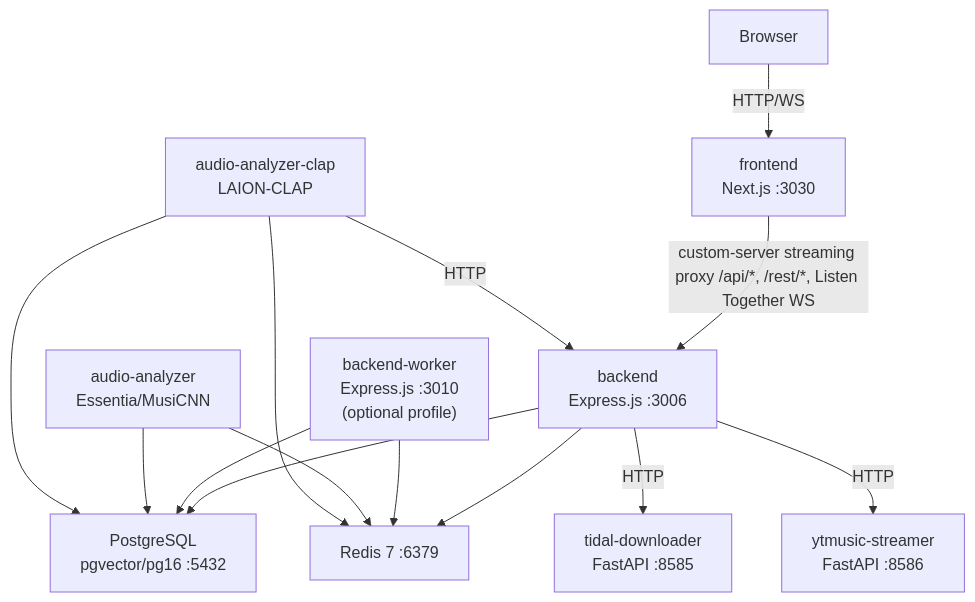
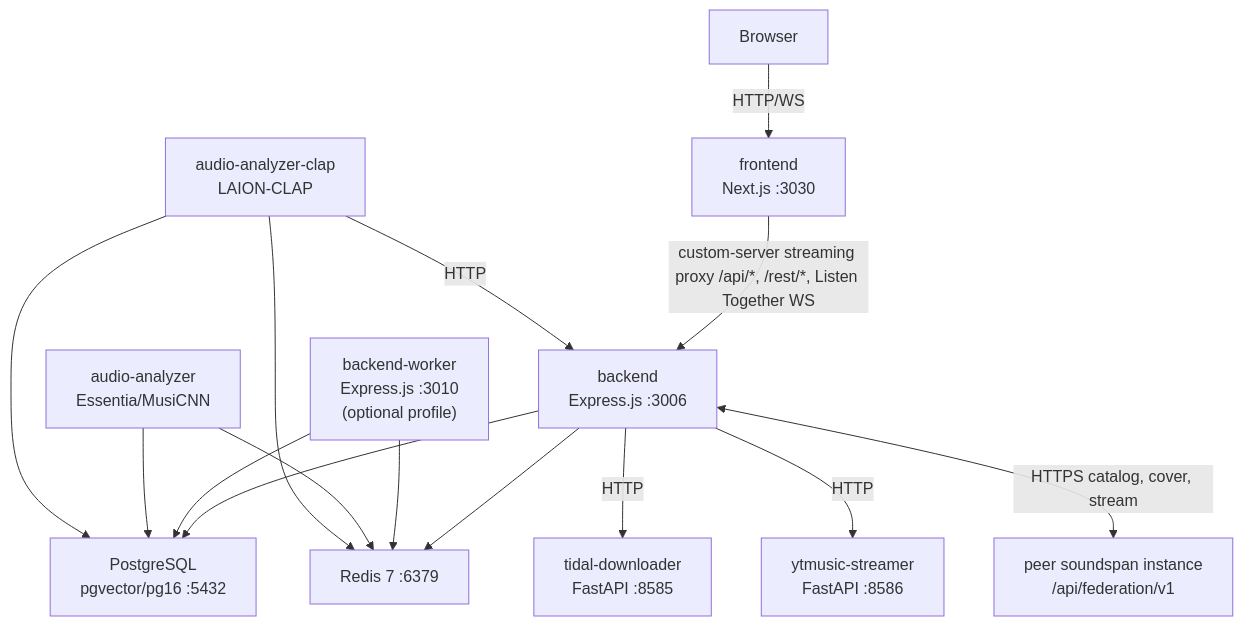
The first of 2 diagrams in docs/ARCHITECTURE.md (Tipson/soundspan), drawn with Mermaid before and after one commit. The commit also changed other lines of this file and 217 other files, not shown here.

First line of the commit message:
feat(federation): federated library sharing — authenticated peer API, catalog sync, provenance (#451) (#460)

````diff
--- a/docs/ARCHITECTURE.md
+++ b/docs/ARCHITECTURE.md
@@ -7,27 +7,29 @@
 ```mermaid
 graph TD
     Browser["Browser"]
     FE["frontend<br/>Next.js :3030"]
     BE["backend<br/>Express.js :3006"]
     BW["backend-worker<br/>Express.js :3010<br/>(optional profile)"]
     PG["PostgreSQL<br/>pgvector/pg16 :5432"]
     RD["Redis 7 :6379"]
     TD["tidal-downloader<br/>FastAPI :8585"]
     YT["ytmusic-streamer<br/>FastAPI :8586"]
     AA["audio-analyzer<br/>Essentia/MusiCNN"]
     AC["audio-analyzer-clap<br/>LAION-CLAP"]
+    PEER["peer soundspan instance<br/>/api/federation/v1"]
 
     Browser -->|HTTP/WS| FE
     FE -->|"custom-server streaming proxy /api/*, /rest/*, Listen Together WS"| BE
     BE --> PG
     BE --> RD
     BW --> PG
     BW --> RD
     BE -->|HTTP| TD
     BE -->|HTTP| YT
     AA --> PG
     AA --> RD
     AC --> PG
     AC --> RD
     AC -->|HTTP| BE
+    BE <-->|"HTTPS catalog, cover, stream"| PEER
 ```
````
